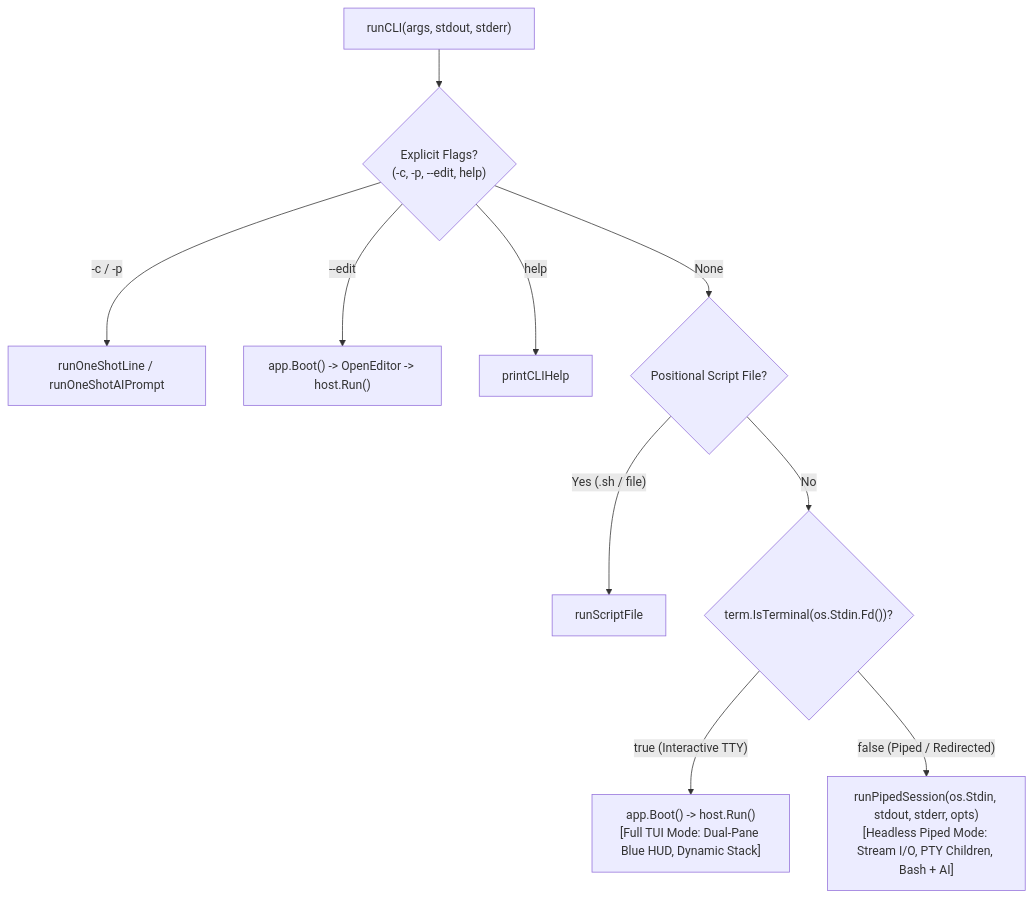
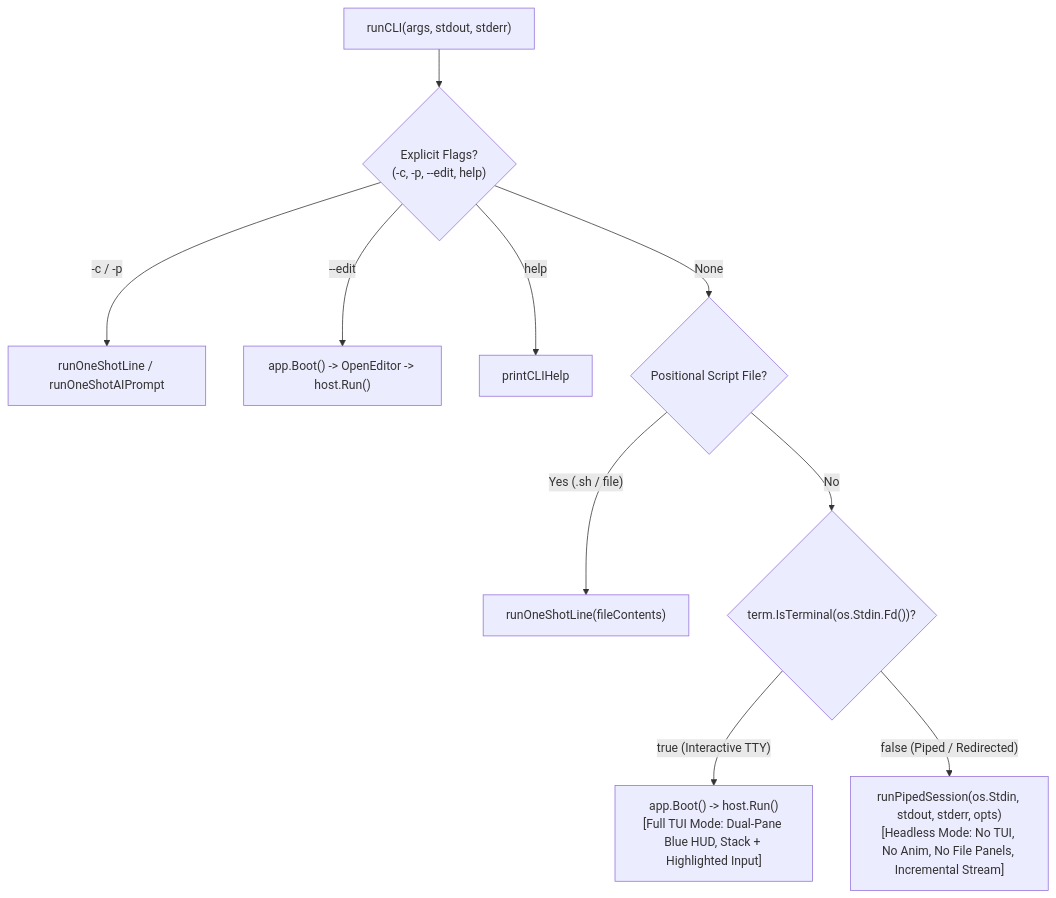
Before and after one commit to mavity/rusticated: the diagram in kabibi/docs/6-piped.md, drawn with Mermaid. The commit also changed other lines of this file, not shown here.

Commit message:
Piped updates.

````diff
--- a/kabibi/docs/6-piped.md
+++ b/kabibi/docs/6-piped.md
@@ -62,12 +134,12 @@
 ```mermaid
 flowchart TD
     A["runCLI(args, stdout, stderr)"] --> B{"Explicit Flags?\n(-c, -p, --edit, help)"}
     B -- "-c / -p" --> C["runOneShotLine / runOneShotAIPrompt"]
     B -- "--edit" --> D["app.Boot() -> OpenEditor -> host.Run()"]
     B -- "help" --> E["printCLIHelp"]
     B -- "None" --> F{"Positional Script File?"}
-    F -- "Yes (.sh / file)" --> G["runScriptFile"]
+    F -- "Yes (.sh / file)" --> G["runOneShotLine(fileContents)"]
     F -- "No" --> H{"term.IsTerminal(os.Stdin.Fd())?"}
-    H -- "true (Interactive TTY)" --> I["app.Boot() -> host.Run()\n[Full TUI Mode: Dual-Pane Blue HUD, Dynamic Stack]"]
-    H -- "false (Piped / Redirected)" --> J["runPipedSession(os.Stdin, stdout, stderr, opts)\n[Headless Piped Mode: Stream I/O, PTY Children, Bash + AI]"]
+    H -- "true (Interactive TTY)" --> I["app.Boot() -> host.Run()\n[Full TUI Mode: Dual-Pane Blue HUD, Stack + Highlighted Input]"]
+    H -- "false (Piped / Redirected)" --> J["runPipedSession(os.Stdin, stdout, stderr, opts)\n[Headless Mode: No TUI, No Anim, No File Panels, Incremental Stream]"]
 ```
````
